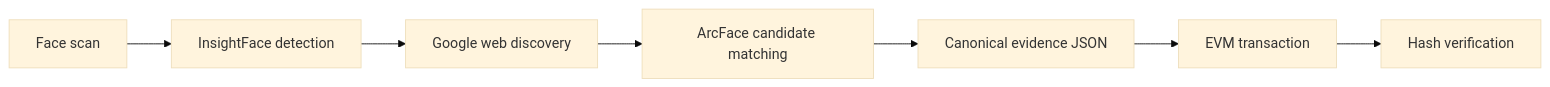
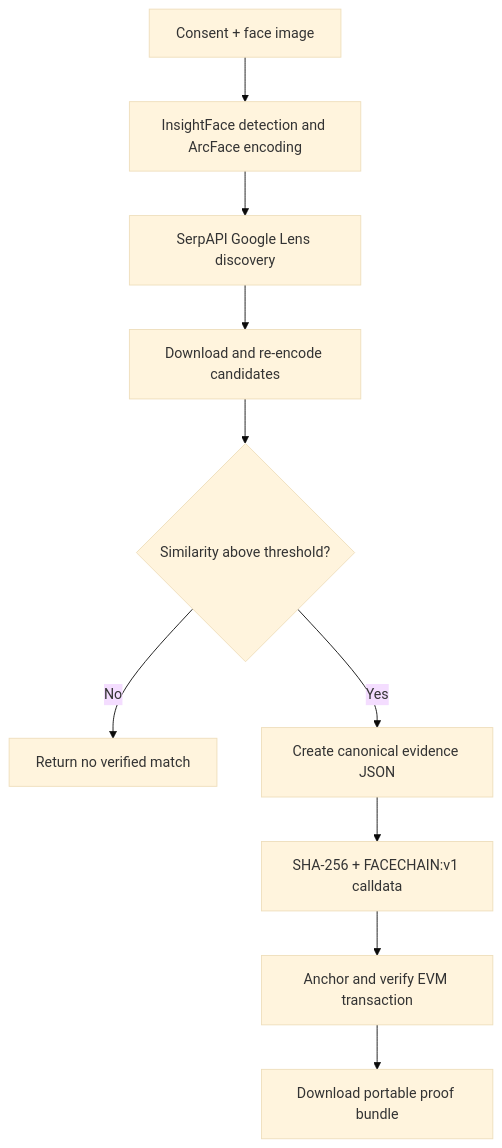
One commit to 6289subhasree/facechain-verifier changed the diagram in README.md. Above: the diagram before and after it, drawn with Mermaid (base theme). The commit also changed other lines of this file, not shown here.

````diff
--- a/README.md
+++ b/README.md
@@ -11,9 +57,12 @@
 ```mermaid
-flowchart LR
-    A[Face scan] --> B[InsightFace detection]
-    B --> C[Google web discovery]
-    C --> D[ArcFace candidate matching]
-    D --> E[Canonical evidence JSON]
-    E --> F[EVM transaction]
-    F --> G[Hash verification]
+flowchart TD
+    A["Consent + face image"] --> B["InsightFace detection and ArcFace encoding"]
+    B --> C["SerpAPI Google Lens discovery"]
+    C --> D["Download and re-encode candidates"]
+    D --> E{"Similarity above threshold?"}
+    E -- No --> F["Return no verified match"]
+    E -- Yes --> G["Create canonical evidence JSON"]
+    G --> H["SHA-256 + FACECHAIN:v1 calldata"]
+    H --> I["Anchor and verify EVM transaction"]
+    I --> J["Download portable proof bundle"]
 ```
````
